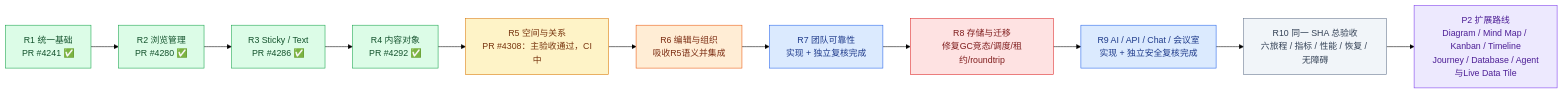
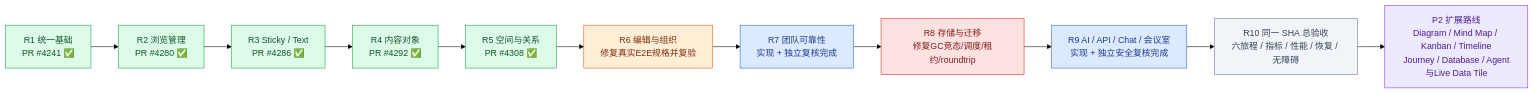
One commit to boardx/workspacex changed the first of 2 diagrams in phases/phase-19-board-visual-workspace/design-deltas/2026-09-26-unified-board-plan.md. Above: the diagram before and after it, drawn with Mermaid (forest theme). The commit also changed other lines of this file, not shown here.

Commit message:
docs(board): mark iteration five merged

````diff
--- a/phases/phase-19-board-visual-workspace/design-deltas/2026-09-26-unified-board-plan.md
+++ b/phases/phase-19-board-visual-workspace/design-deltas/2026-09-26-unified-board-plan.md
@@ -23,20 +23,20 @@
 ```mermaid
 flowchart LR
   R1["R1 统一基础<br/>PR #4241 ✅"]:::merged --> R2["R2 浏览管理<br/>PR #4280 ✅"]:::merged
   R2 --> R3["R3 Sticky / Text<br/>PR #4286 ✅"]:::merged
   R3 --> R4["R4 内容对象<br/>PR #4292 ✅"]:::merged
-  R4 --> R5["R5 空间与关系<br/>PR #4308：主验收通过，CI中"]:::accepting
-  R5 --> R6["R6 编辑与组织<br/>吸收R5语义并集成"]:::working
+  R4 --> R5["R5 空间与关系<br/>PR #4308 ✅"]:::merged
+  R5 --> R6["R6 编辑与组织<br/>修复真实E2E规格并复验"]:::working
   R6 --> R7["R7 团队可靠性<br/>实现 + 独立复核完成"]:::ready
   R7 --> R8["R8 存储与迁移<br/>修复GC竞态/调度/租约/roundtrip"]:::blocked
   R8 --> R9["R9 AI / API / Chat / 会议室<br/>实现 + 独立安全复核完成"]:::ready
   R9 --> R10["R10 同一 SHA 总验收<br/>六旅程 / 指标 / 性能 / 恢复 / 无障碍"]:::todo
   R10 --> P2["P2 扩展路线<br/>Diagram / Mind Map / Kanban / Timeline<br/>Journey / Database / Agent与Live Data Tile"]:::future
   classDef merged fill:#dcfce7,stroke:#16a34a,color:#14532d
   classDef accepting fill:#fef3c7,stroke:#d97706,color:#78350f
   classDef ready fill:#dbeafe,stroke:#2563eb,color:#1e3a8a
   classDef working fill:#ffedd5,stroke:#ea580c,color:#7c2d12
   classDef blocked fill:#fee2e2,stroke:#dc2626,color:#7f1d1d
   classDef todo fill:#f1f5f9,stroke:#64748b,color:#334155
   classDef future fill:#ede9fe,stroke:#7c3aed,color:#4c1d95
 ```
````
